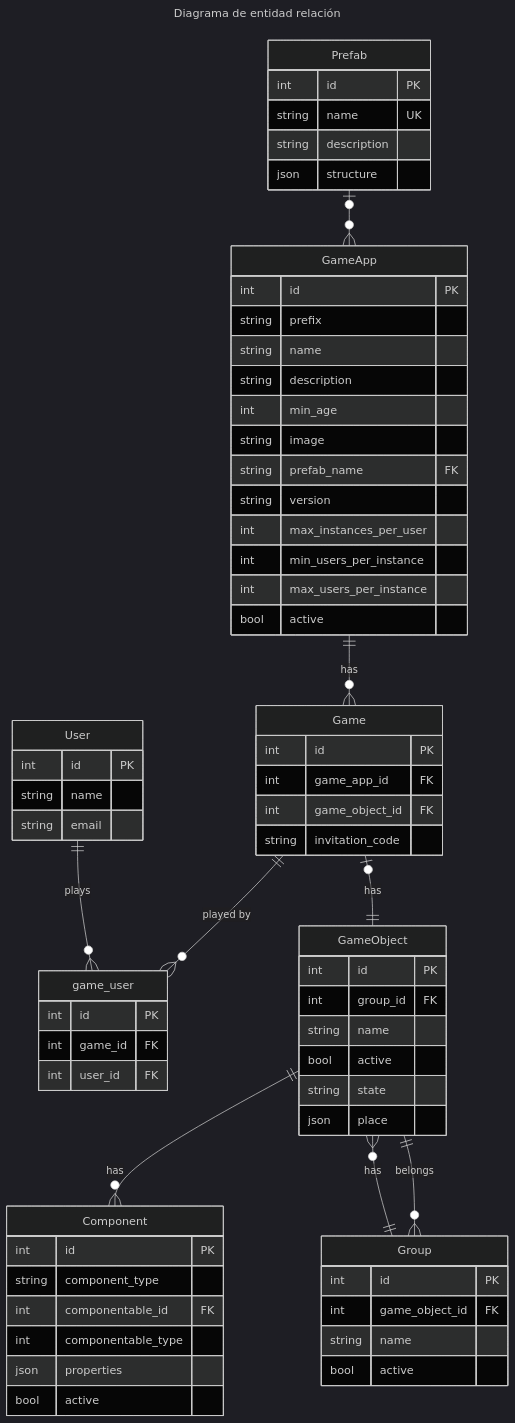
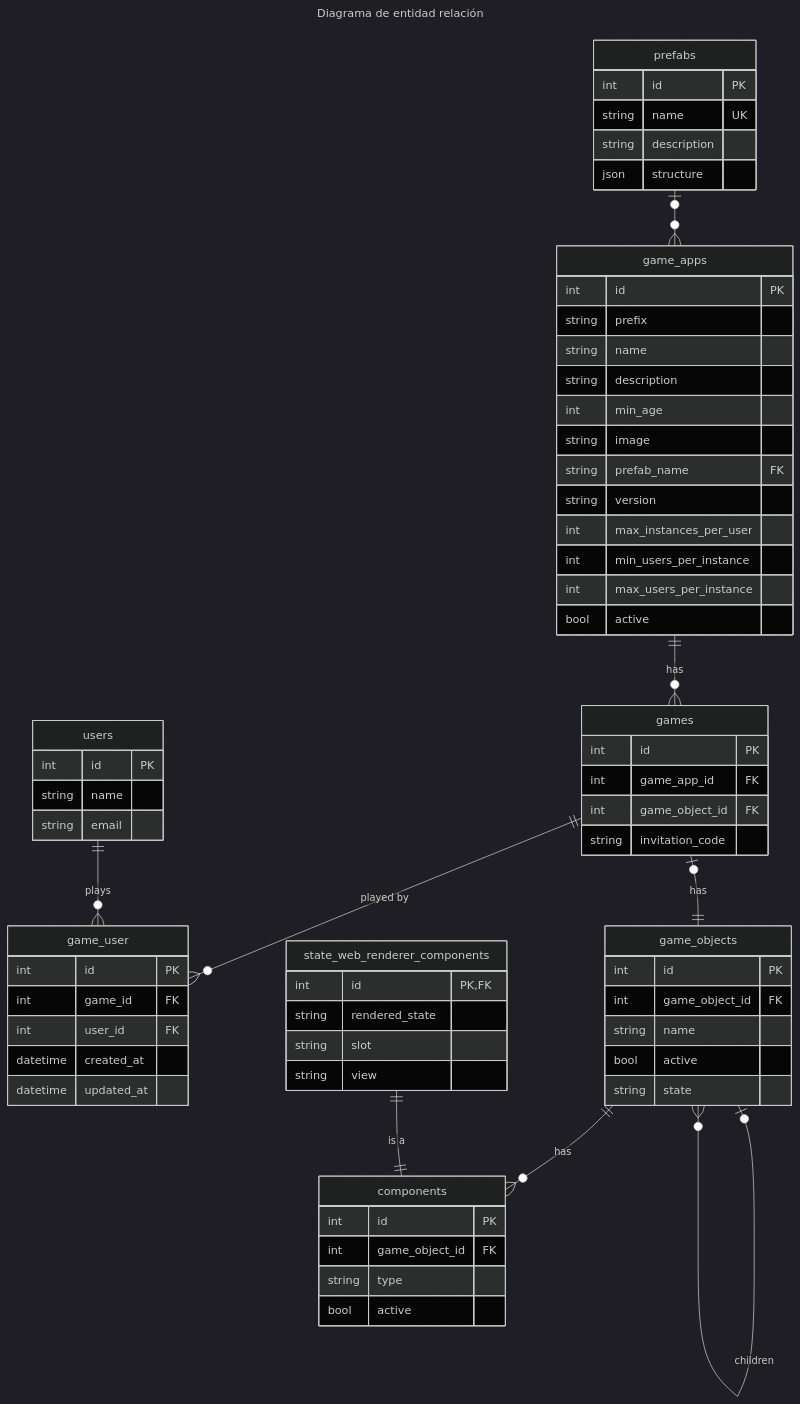
One commit to eormeno/base-project changed the second of 2 diagrams in docs/class_diagrams.md. Above: the diagram before and after it, drawn with Mermaid (dark theme). The commit also changed other lines of this file and 9 other files, not shown here.

````diff
--- a/docs/class_diagrams.md
+++ b/docs/class_diagrams.md
@@ -66,80 +64,79 @@
 ```mermaid
 ---
 title: Diagrama de entidad relación
 ---
 erDiagram
-    GameApp ||--o{ Game : "has"
-    Game ||--o{ game_user : "played by"
-    GameObject ||--o{ Component : "has"
-    GameObject ||--o{ Group : "belongs"
-    Group ||--o{ GameObject : "has"
-    Prefab one or zero --o{ GameApp : ""
-    User ||--o{ game_user : "plays"
-    Game one or zero -- 1 GameObject : "has"
+    game_apps ||--o{ games : "has"
+    games ||--o{ game_user : "played by"
+    game_objects ||--o{ components : "has"
+    game_objects one or zero -- zero or many game_objects : "children"
+    prefabs one or zero --o{ game_apps : ""
+    users ||--o{ game_user : "plays"
+    games one or zero -- 1 game_objects : "has"
+    state_web_renderer_components ||--|| components : "is a"
 
-    GameApp {
+    game_apps {
         int id PK
         string prefix
         string name
         string description
         int min_age
         string image
         string prefab_name FK
         string version
         int max_instances_per_user
         int min_users_per_instance
         int max_users_per_instance
         bool active
     }
 
-    Game {
+    games {
         int id PK
         int game_app_id FK
         int game_object_id FK
         string invitation_code
     }
 
     game_user {
         int id PK
         int game_id FK
         int user_id FK
+        datetime created_at
+        datetime updated_at
     }
 
-    Prefab {
+    prefabs {
         int id PK
         string name UK
         string description
         json structure
     }
 
-    GameObject {
-        int id PK
-        int group_id FK
-        string name
-        bool active
-        string state
-        json place
-    }
-
-    Group {
+    game_objects {
         int id PK
         int game_object_id FK
         string name
         bool active
+        string state
     }
 
-    Component {
+    components {
         int id PK
-        string component_type
-        int componentable_id FK
-        int componentable_type
-        json properties
+        int game_object_id FK
+        string type
         bool active
     }
 
-    User {
+    users {
         int id PK
         string name
         string email
     }
+
+    state_web_renderer_components {
+        int id PK,FK
+        string rendered_state
+        string slot
+        string view
+    }
 ```
````
